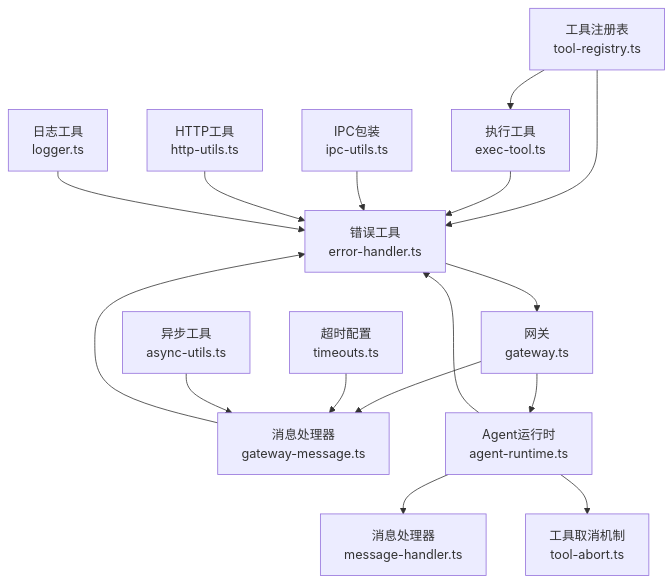
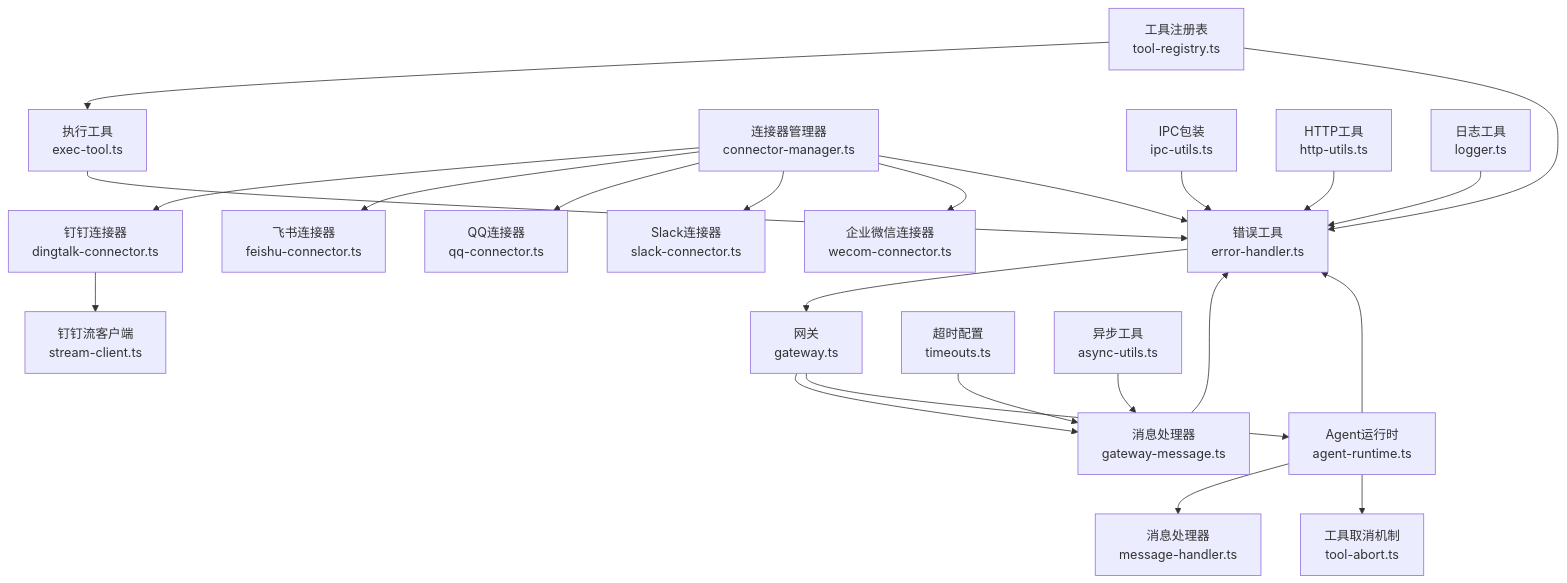
One commit to HEROhuqinchao/deepbot changed the first of 8 diagrams in .qoder/repowiki/zh/content/故障排除和调试/错误处理.md. Above: the diagram before and after it, drawn with Mermaid. The commit also changed other lines of this file and 8 other files, not shown here.

````diff
--- a/.qoder/repowiki/zh/content/故障排除和调试/错误处理.md
+++ b/.qoder/repowiki/zh/content/故障排除和调试/错误处理.md
@@ -45,18 +61,25 @@
 ```mermaid
 graph TB
 EH["错误工具<br/>error-handler.ts"] --> GW["网关<br/>gateway.ts"]
 GW --> GMH["消息处理器<br/>gateway-message.ts"]
 GW --> GRT["Agent运行时<br/>agent-runtime.ts"]
 GRT --> MH["消息处理器<br/>message-handler.ts"]
 GRT --> TA["工具取消机制<br/>tool-abort.ts"]
 TR["工具注册表<br/>tool-registry.ts"] --> ET["执行工具<br/>exec-tool.ts"]
 GMH --> EH
 GRT --> EH
 TR --> EH
 ET --> EH
+CM["连接器管理器<br/>connector-manager.ts"] --> DC["钉钉连接器<br/>dingtalk-connector.ts"]
+CM --> FC["飞书连接器<br/>feishu-connector.ts"]
+CM --> QC["QQ连接器<br/>qq-connector.ts"]
+CM --> SC["Slack连接器<br/>slack-connector.ts"]
+CM --> WC["企业微信连接器<br/>wecom-connector.ts"]
+DC --> DSC["钉钉流客户端<br/>stream-client.ts"]
+CM --> EH
 IPC["IPC包装<br/>ipc-utils.ts"] --> EH
 HTTP["HTTP工具<br/>http-utils.ts"] --> EH
 LOG["日志工具<br/>logger.ts"] --> EH
 TO["超时配置<br/>timeouts.ts"] --> GMH
 AU["异步工具<br/>async-utils.ts"] --> GMH
 ```
````
